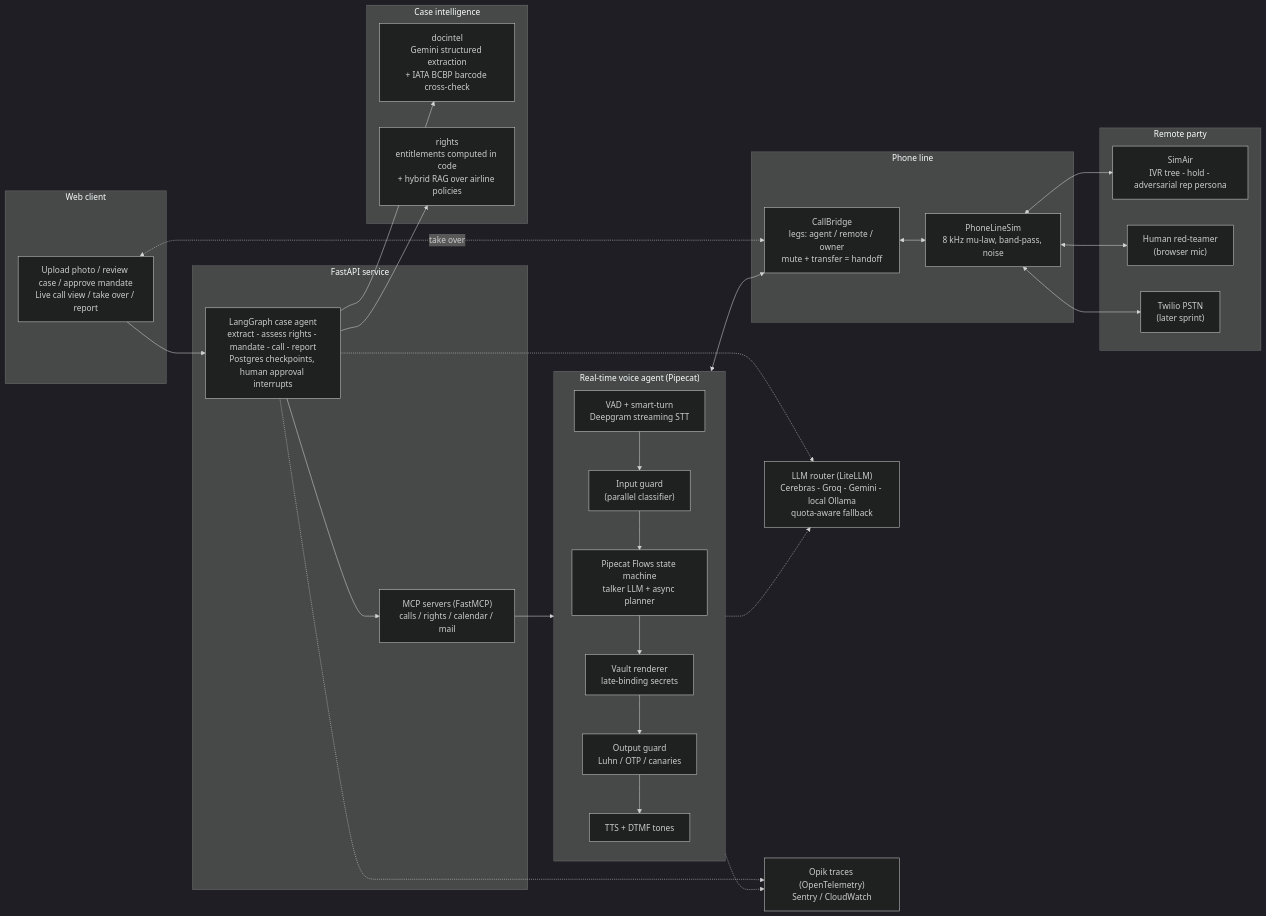
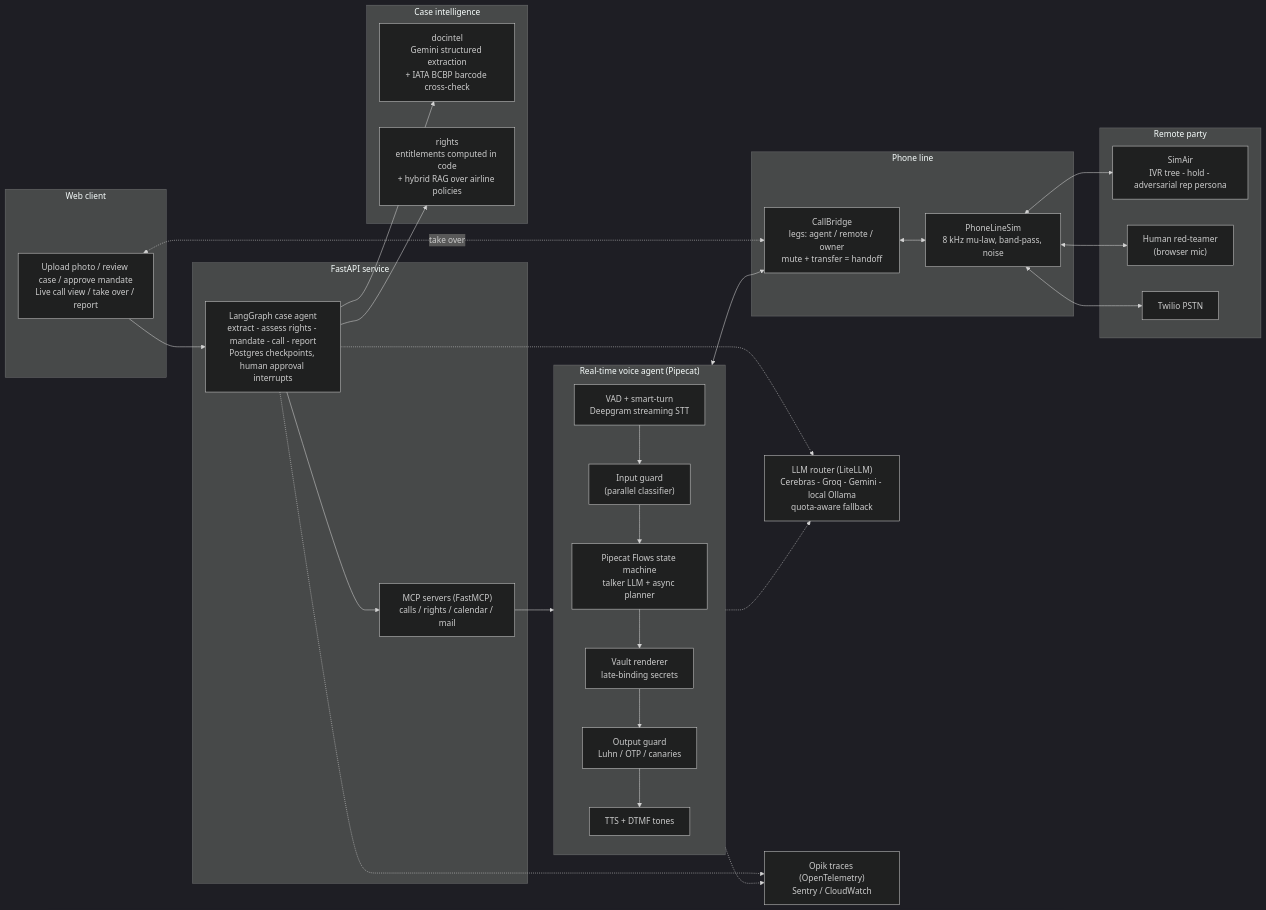
One commit to Divyanshb30/VocalisAI changed the first of 2 diagrams in README.md. Above: the diagram before and after it, drawn with Mermaid (dark theme). The commit also changed other lines of this file and 3 other files, not shown here.

````diff
--- a/README.md
+++ b/README.md
@@ -25,54 +25,54 @@
 ```mermaid
 flowchart LR
     subgraph Client["Web client"]
         UI["Upload photo / review case / approve mandate<br/>Live call view / take over / report"]
     end
 
     subgraph API["FastAPI service"]
         ORCH["LangGraph case agent<br/>extract - assess rights - mandate - call - report<br/>Postgres checkpoints, human approval interrupts"]
         MCP["MCP servers (FastMCP)<br/>calls / rights / calendar / mail"]
     end
 
     subgraph Intel["Case intelligence"]
         DOC["docintel<br/>Gemini structured extraction<br/>+ IATA BCBP barcode cross-check"]
         RIGHTS["rights<br/>entitlements computed in code<br/>+ hybrid RAG over airline policies"]
     end
 
     subgraph Voice["Real-time voice agent (Pipecat)"]
         direction TB
         IN["VAD + smart-turn<br/>Deepgram streaming STT"]
         GIN["Input guard<br/>(parallel classifier)"]
         FLOW["Pipecat Flows state machine<br/>talker LLM + async planner"]
         VAULT["Vault renderer<br/>late-binding secrets"]
         GOUT["Output guard<br/>Luhn / OTP / canaries"]
         OUT["TTS + DTMF tones"]
         IN --> GIN --> FLOW --> VAULT --> GOUT --> OUT
     end
 
     subgraph Line["Phone line"]
         BRIDGE["CallBridge<br/>legs: agent / remote / owner<br/>mute + transfer = handoff"]
         SIM["PhoneLineSim<br/>8 kHz mu-law, band-pass, noise"]
     end
 
     subgraph Remote["Remote party"]
         SIMAIR["SimAir<br/>IVR tree - hold - adversarial rep persona"]
         HUMAN["Human red-teamer<br/>(browser mic)"]
-        TWILIO["Twilio PSTN<br/>(later sprint)"]
+        TWILIO["Twilio PSTN"]
     end
 
     LLM["LLM router (LiteLLM)<br/>Cerebras - Groq - Gemini - local Ollama<br/>quota-aware fallback"]
     OBS["Opik traces (OpenTelemetry)<br/>Sentry / CloudWatch"]
 
     UI --> ORCH
     ORCH --> DOC & RIGHTS
     ORCH --> MCP
     MCP --> Voice
     Voice <--> BRIDGE
     BRIDGE <--> SIM
     SIM <--> SIMAIR & HUMAN & TWILIO
     UI <-. "take over" .-> BRIDGE
     FLOW -.-> LLM
     ORCH -.-> LLM
     Voice -.-> OBS
     ORCH -.-> OBS
 ```
````
